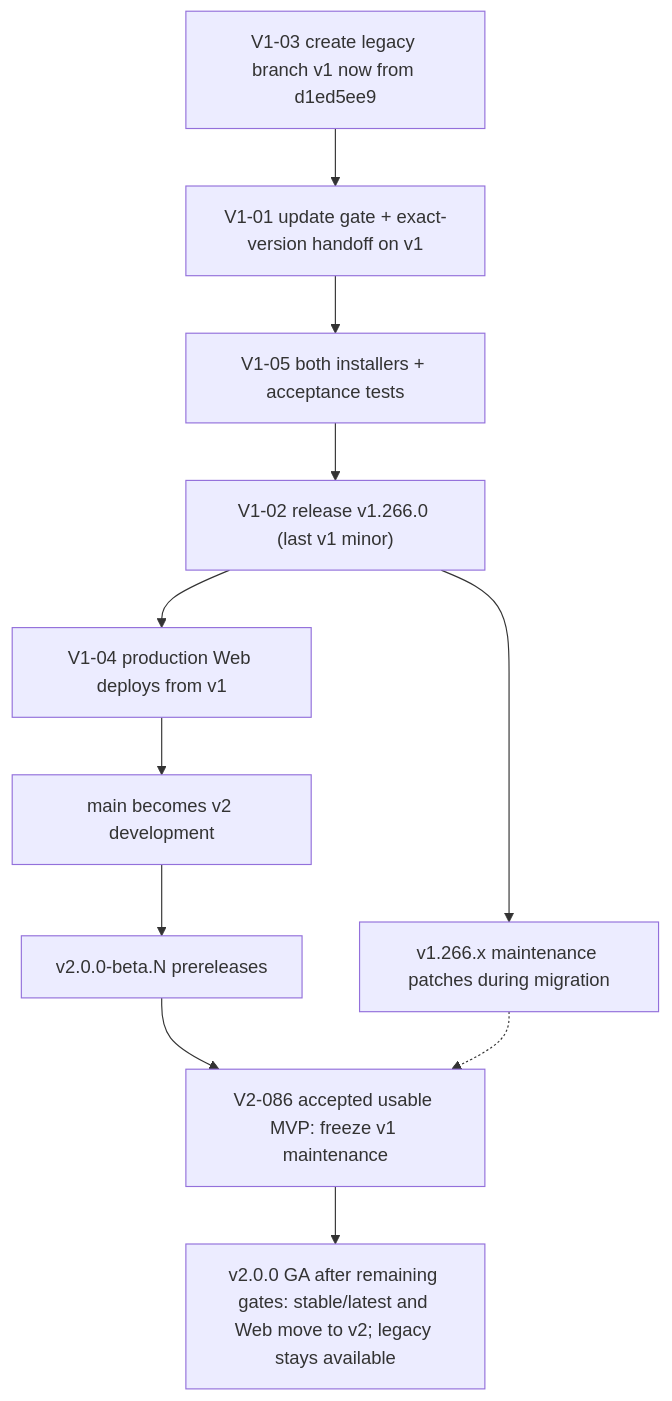
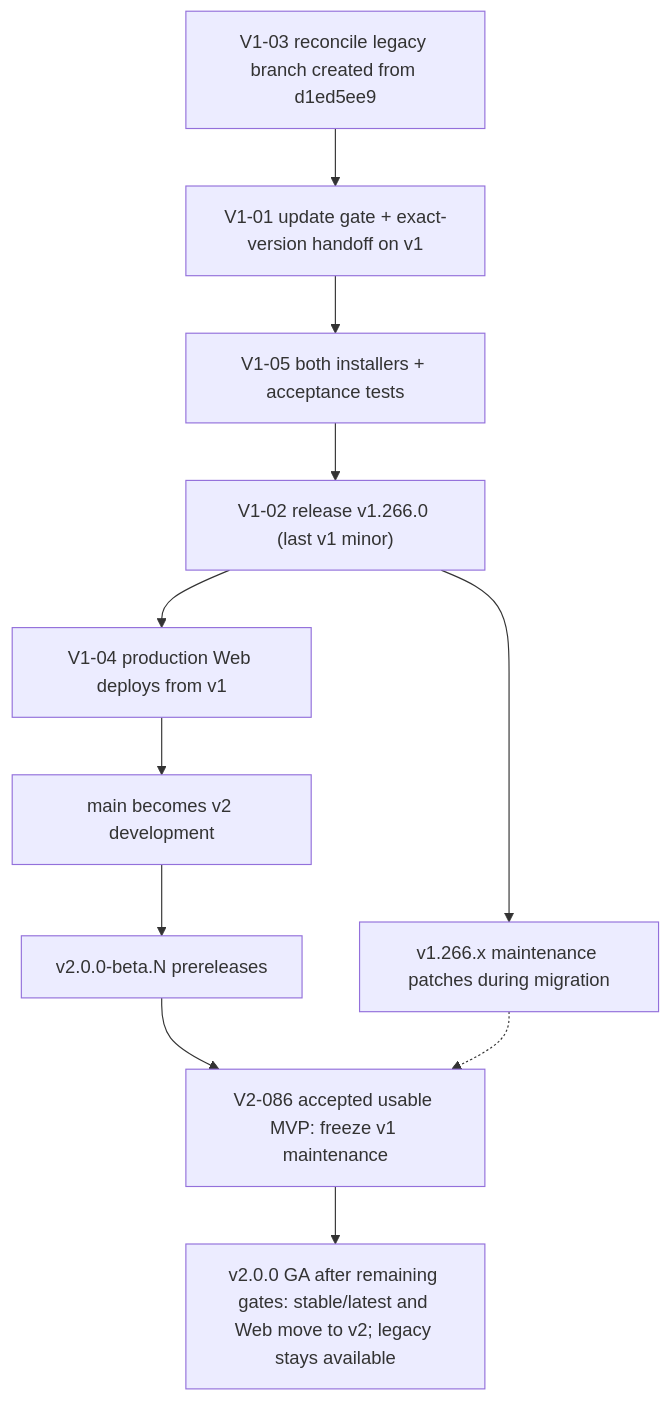
The third of 3 diagrams in v2-plan.md (verseles/codewalk), drawn with Mermaid before and after one commit. The commit also changed other lines of this file and 2 other files, not shown here.

````diff
--- a/v2-plan.md
+++ b/v2-plan.md
@@ -1006,13 +1034,13 @@
 ```mermaid
 flowchart TD
-  C["V1-03 create legacy branch v1 now from d1ed5ee9"] --> A["V1-01 update gate + exact-version handoff on v1"]
+  C["V1-03 reconcile legacy branch created from d1ed5ee9"] --> A["V1-01 update gate + exact-version handoff on v1"]
   A --> I["V1-05 both installers + acceptance tests"]
   I --> B["V1-02 release v1.266.0 (last v1 minor)"]
   B --> D["V1-04 production Web deploys from v1"]
   D --> E["main becomes v2 development"]
   E --> F["v2.0.0-beta.N prereleases"]
   B --> P["v1.266.x maintenance patches during migration"]
   F --> M["V2-086 accepted usable MVP: freeze v1 maintenance"]
   P -.-> M
   M --> G["v2.0.0 GA after remaining gates: stable/latest and Web move to v2; legacy stays available"]
 ```
````
